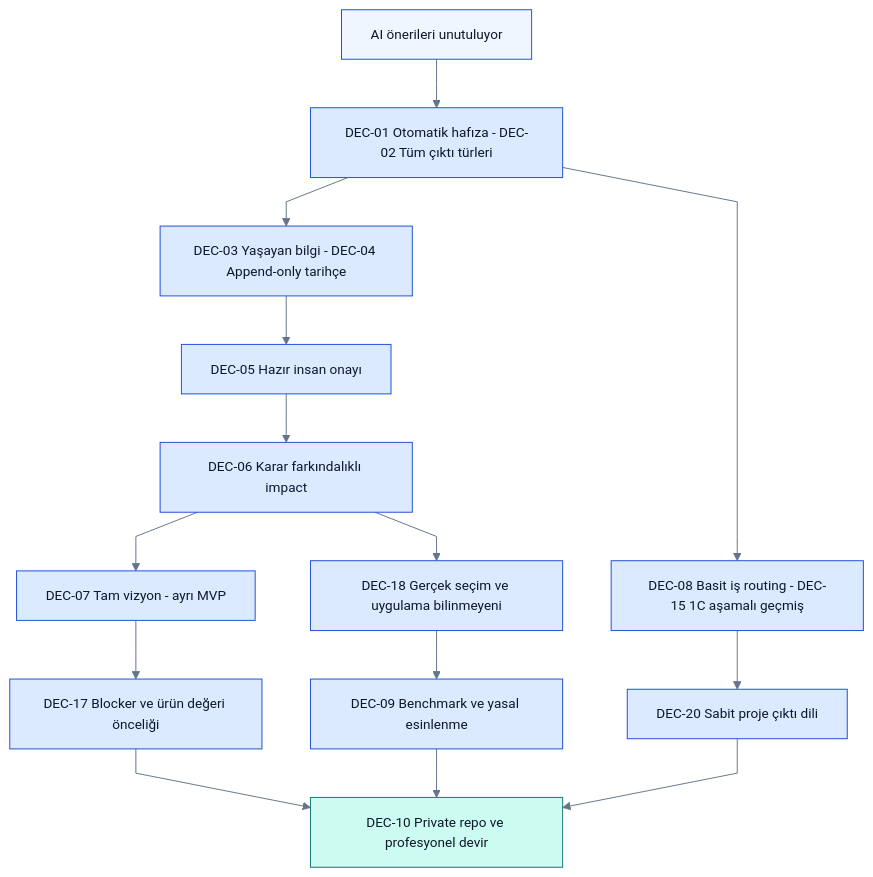
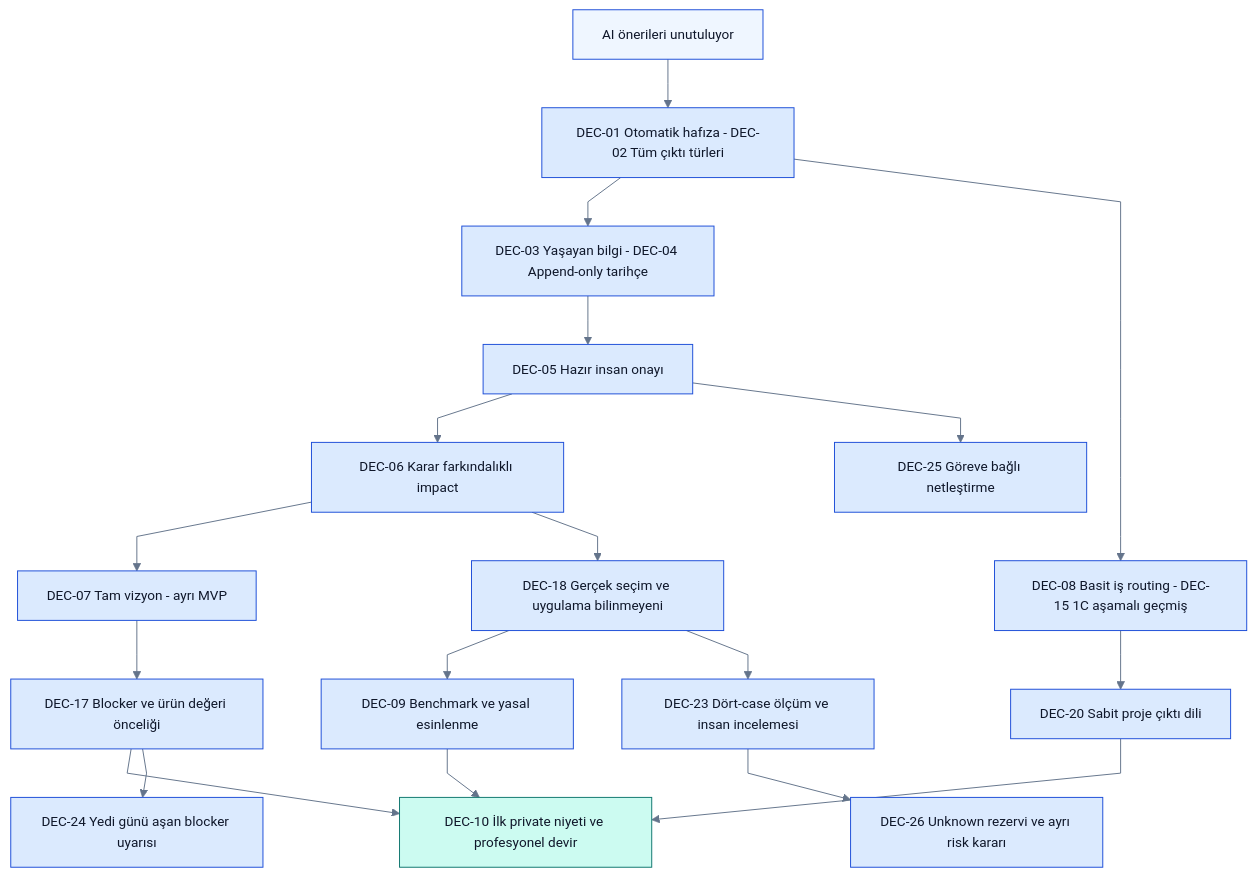
One commit to alphanAkbulut/decivora changed the first of 2 diagrams in docs/product/decision-map.md. Above: the diagram before and after it, drawn with Mermaid. The commit also changed other lines of this file and 24 other files, not shown here.

````diff
--- a/docs/product/decision-map.md
+++ b/docs/product/decision-map.md
@@ -37,25 +40,30 @@
 ```mermaid
 %%{init: {"theme":"base","themeVariables":{"fontFamily":"Arial, sans-serif","fontSize":"14px","primaryColor":"#eff6ff","primaryTextColor":"#0f172a","primaryBorderColor":"#1d4ed8","lineColor":"#64748b","secondaryColor":"#ccfbf1","tertiaryColor":"#f1f5f9","background":"#ffffff","mainBkg":"#eff6ff","textColor":"#0f172a","clusterBkg":"#f8fafc","clusterBorder":"#94a3b8","edgeLabelBackground":"#ffffff","actorBkg":"#eff6ff","actorTextColor":"#0f172a","actorBorder":"#1d4ed8","signalColor":"#64748b","signalTextColor":"#0f172a","noteBkgColor":"#fef3c7","noteTextColor":"#0f172a","noteBorderColor":"#92400e"},"flowchart":{"htmlLabels":false,"curve":"linear"},"sequence":{"wrap":true},"themeCSS":"background-color:#ffffff;"}}%%
 flowchart TB
     accTitle: Kabul edilen ürün niyetlerinin evrimi
     accDescr: Karar tablosundaki niyet ve teknik öneriler ayrıdır. Renk accepted teknoloji veya runtime başarısı kanıtı değildir.
     P[AI önerileri unutuluyor] --> MEMORY[DEC-01 Otomatik hafıza - DEC-02 Tüm çıktı türleri]
     MEMORY --> LIVE[DEC-03 Yaşayan bilgi - DEC-04 Append-only tarihçe]
     LIVE --> REVIEW[DEC-05 Hazır insan onayı]
     REVIEW --> IMPACT[DEC-06 Karar farkındalıklı impact]
     IMPACT --> SCOPE[DEC-07 Tam vizyon - ayrı MVP]
     SCOPE --> VALUE[DEC-17 Blocker ve ürün değeri önceliği]
     MEMORY --> COST[DEC-08 Basit iş routing - DEC-15 1C aşamalı geçmiş]
     COST --> LANGUAGE[DEC-20 Sabit proje çıktı dili]
     IMPACT --> REAL[DEC-18 Gerçek seçim ve uygulama bilinmeyeni]
     REAL --> BENCH[DEC-09 Benchmark ve yasal esinlenme]
-    VALUE --> HANDOFF[DEC-10 Private repo ve profesyonel devir]
+    VALUE --> HANDOFF[DEC-10 İlk private niyeti ve profesyonel devir]
     BENCH --> HANDOFF
+    REVIEW --> CLARIFY[DEC-25 Göreve bağlı netleştirme]
+    VALUE --> AGE[DEC-24 Yedi günü aşan blocker uyarısı]
+    REAL --> BATCH[DEC-23 Dört-case ölçüm ve insan incelemesi]
+    BATCH --> UNKNOWN[DEC-26 Unknown rezervi ve ayrı risk kararı]
     LANGUAGE --> HANDOFF
     classDef source fill:#eff6ff,stroke:#1d4ed8,color:#0f172a
     class P source
     classDef process fill:#dbeafe,stroke:#1d4ed8,color:#0f172a
     class MEMORY,LIVE,REVIEW,IMPACT,SCOPE,VALUE,COST,LANGUAGE,REAL,BENCH process
     classDef store fill:#ccfbf1,stroke:#0f766e,color:#0f172a
     class HANDOFF store
+    class CLARIFY,AGE,BATCH,UNKNOWN process
 ```
````
